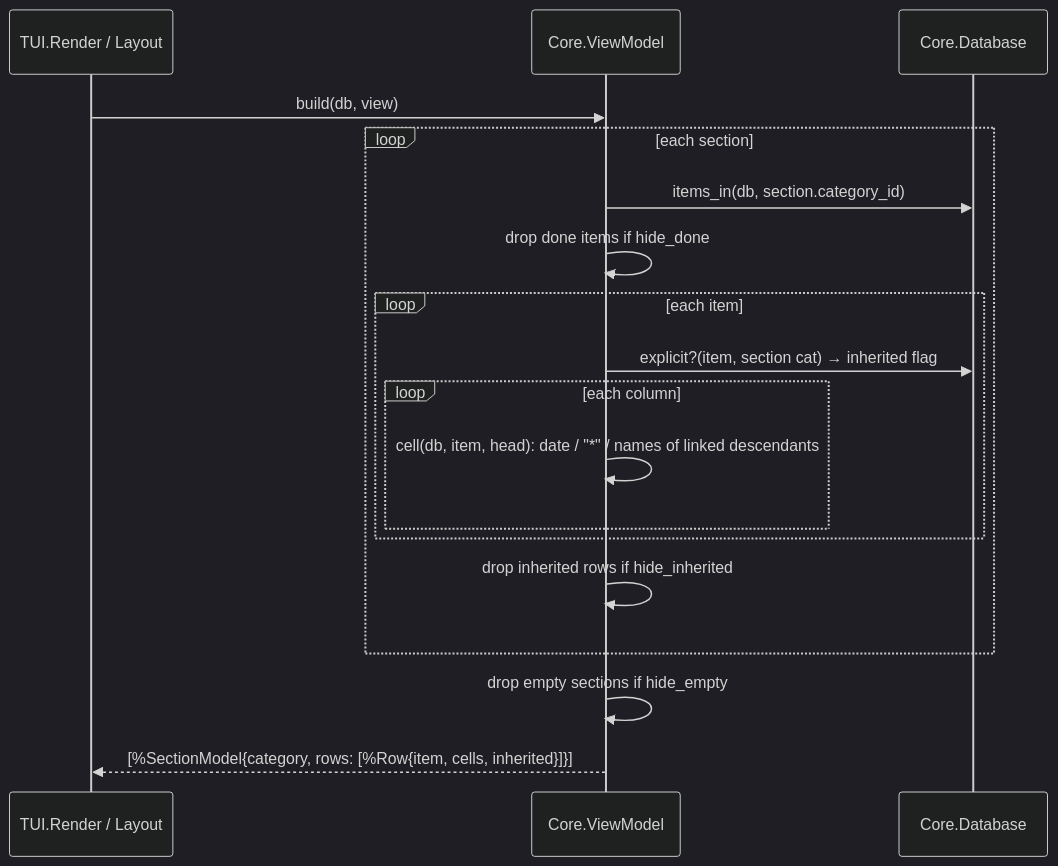
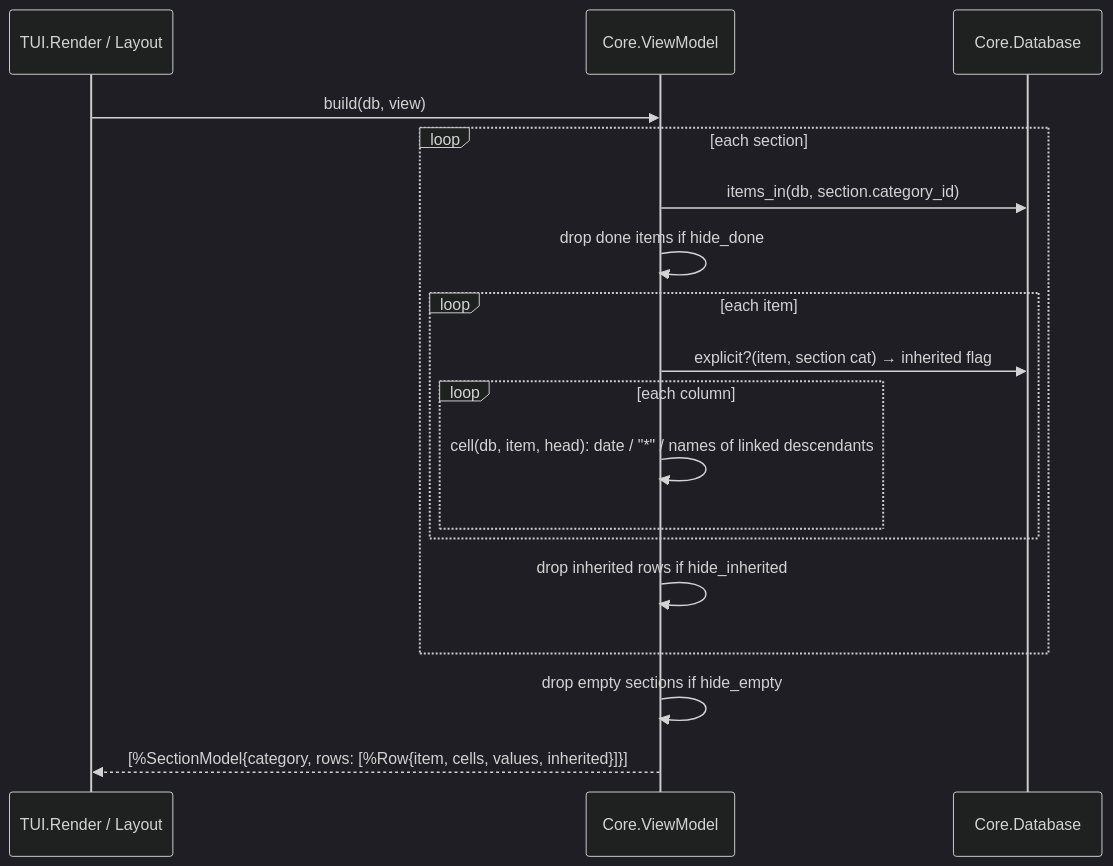
Before and after one commit to jamting/agendum: the seventh of 7 diagrams in docs/DATA_ACCESS.md, drawn with Mermaid (dark theme). The commit also changed 3 other files, not shown here.

First line of the commit message:
Raw values beside a view's formatted cells

````diff
--- a/docs/DATA_ACCESS.md
+++ b/docs/DATA_ACCESS.md
@@ -330,20 +330,20 @@
 ```mermaid
 sequenceDiagram
     participant R as TUI.Render / Layout
     participant VM as Core.ViewModel
     participant D as Core.Database
     R->>VM: build(db, view)
     loop each section
         VM->>D: items_in(db, section.category_id)
         VM->>VM: drop done items if hide_done
         loop each item
             VM->>D: explicit?(item, section cat) → inherited flag
             loop each column
                 VM->>VM: cell(db, item, head): date / "*" / names of linked descendants
             end
         end
         VM->>VM: drop inherited rows if hide_inherited
     end
     VM->>VM: drop empty sections if hide_empty
-    VM-->>R: [%SectionModel{category, rows: [%Row{item, cells, inherited}]}]
+    VM-->>R: [%SectionModel{category, rows: [%Row{item, cells, values, inherited}]}]
 ```
````
